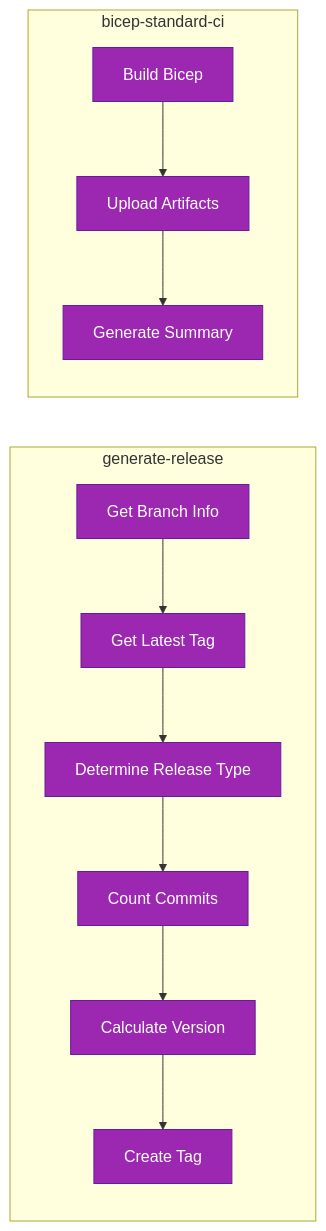
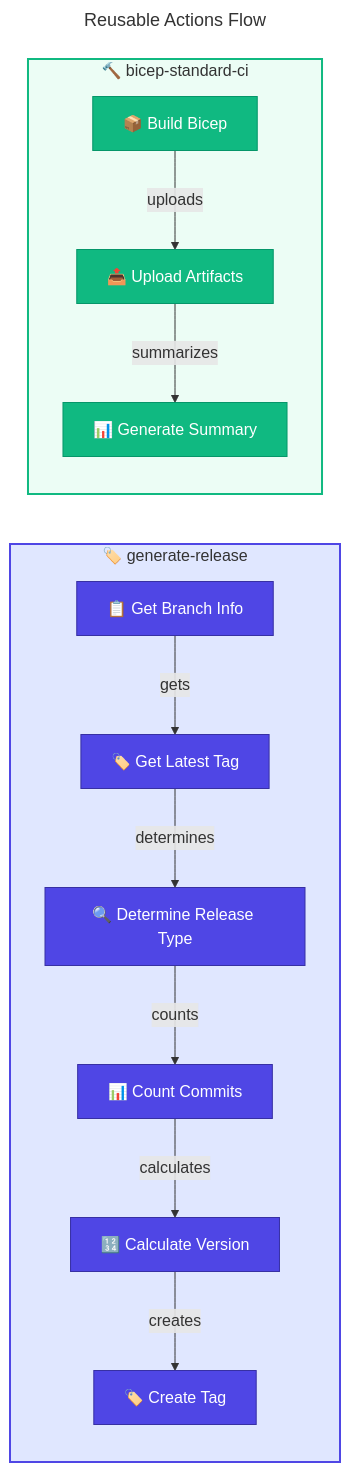
The third of 3 diagrams in docs/devops/README.md (Evilazaro/DevExp-DevBox), drawn with Mermaid before and after one commit. The commit also changed other lines of this file, not shown here.

Commit message:
Enhance CI/CD pipeline documentation by adding emojis, improving diagram styles, and refining connections for better clarity and navigation.

````diff
--- a/docs/devops/README.md
+++ b/docs/devops/README.md
@@ -208,22 +235,35 @@
 ```mermaid
+---
+title: Reusable Actions Flow
+---
 flowchart LR
-    subgraph "generate-release"
-        GR1["Get Branch Info"]
-        GR2["Get Latest Tag"]
-        GR3["Determine Release Type"]
-        GR4["Count Commits"]
-        GR5["Calculate Version"]
-        GR6["Create Tag"]
-        GR1 --> GR2 --> GR3 --> GR4 --> GR5 --> GR6
+    %% ===== GENERATE RELEASE ACTION =====
+    subgraph GenerateRelease["🏷️ generate-release"]
+        GR1["📋 Get Branch Info"]
+        GR2["🏷️ Get Latest Tag"]
+        GR3["🔍 Determine Release Type"]
+        GR4["📊 Count Commits"]
+        GR5["🔢 Calculate Version"]
+        GR6["🏷️ Create Tag"]
+        GR1 -->|gets| GR2 -->|determines| GR3 -->|counts| GR4 -->|calculates| GR5 -->|creates| GR6
     end
 
-    subgraph "bicep-standard-ci"
-        BC1["Build Bicep"]
-        BC2["Upload Artifacts"]
-        BC3["Generate Summary"]
-        BC1 --> BC2 --> BC3
+    %% ===== BICEP STANDARD CI ACTION =====
+    subgraph BicepCI["🔨 bicep-standard-ci"]
+        BC1["📦 Build Bicep"]
+        BC2["📤 Upload Artifacts"]
+        BC3["📊 Generate Summary"]
+        BC1 -->|uploads| BC2 -->|summarizes| BC3
     end
 
-    classDef action fill:#9C27B0,stroke:#6A1B9A,color:#fff
-    class GR1,GR2,GR3,GR4,GR5,GR6,BC1,BC2,BC3 action
+    %% ===== STYLES =====
+    classDef primary fill:#4F46E5,stroke:#3730A3,color:#FFFFFF
+    classDef secondary fill:#10B981,stroke:#059669,color:#FFFFFF
+    
+    class GR1,GR2,GR3,GR4,GR5,GR6 primary
+    class BC1,BC2,BC3 secondary
+    
+    %% ===== SUBGRAPH STYLES =====
+    style GenerateRelease fill:#E0E7FF,stroke:#4F46E5,stroke-width:2px
+    style BicepCI fill:#ECFDF5,stroke:#10B981,stroke-width:2px
 ```
````
